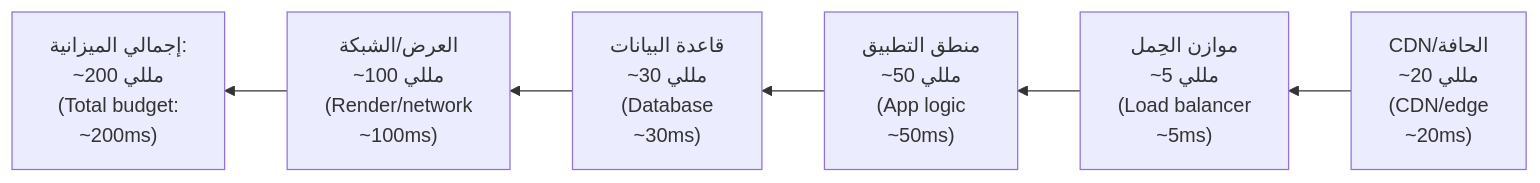
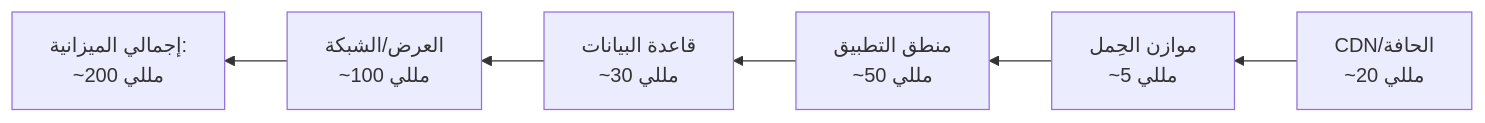
Before and after one commit to Tamoura/system-design-for-vibe-coders: the seventh of 7 diagrams in modules/10-scaling/module.ar.md, drawn with Mermaid. The commit also changed other lines of this file and 551 other files, not shown here.

````diff
--- a/modules/10-scaling/module.ar.md
+++ b/modules/10-scaling/module.ar.md
@@ -545,8 +545,8 @@
 ```mermaid
 flowchart RL
-    A["CDN/الحافة<br/>~20 مللي<br/>(CDN/edge<br/>~20ms)"] --> B["موازن الحِمل<br/>~5 مللي<br/>(Load balancer<br/>~5ms)"]
-    B --> C["منطق التطبيق<br/>~50 مللي<br/>(App logic<br/>~50ms)"]
-    C --> D["قاعدة البيانات<br/>~30 مللي<br/>(Database<br/>~30ms)"]
-    D --> E["العرض/الشبكة<br/>~100 مللي<br/>(Render/network<br/>~100ms)"]
-    E --> T["إجمالي الميزانية:<br/>~200 مللي<br/>(Total budget:<br/>~200ms)"]
+    A["CDN/الحافة<br/>~20 مللي"] --> B["موازن الحِمل<br/>~5 مللي"]
+    B --> C["منطق التطبيق<br/>~50 مللي"]
+    C --> D["قاعدة البيانات<br/>~30 مللي"]
+    D --> E["العرض/الشبكة<br/>~100 مللي"]
+    E --> T["إجمالي الميزانية:<br/>~200 مللي"]
 ```
````
